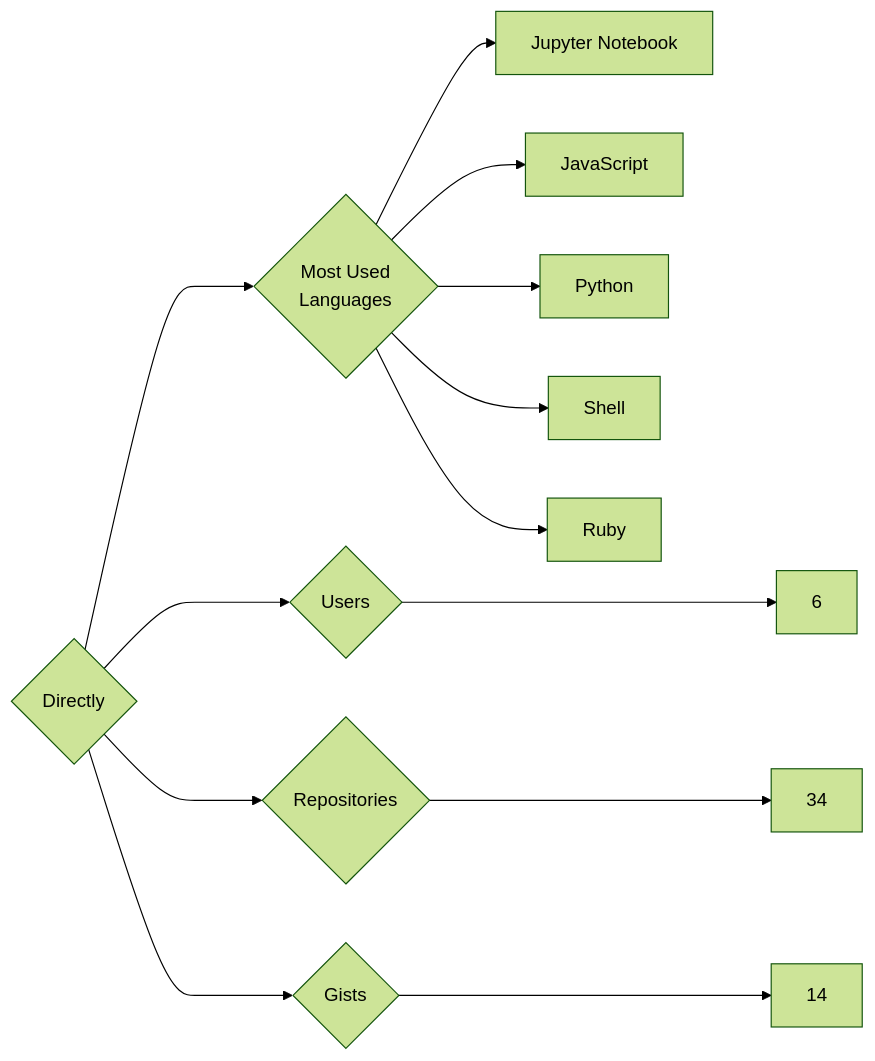
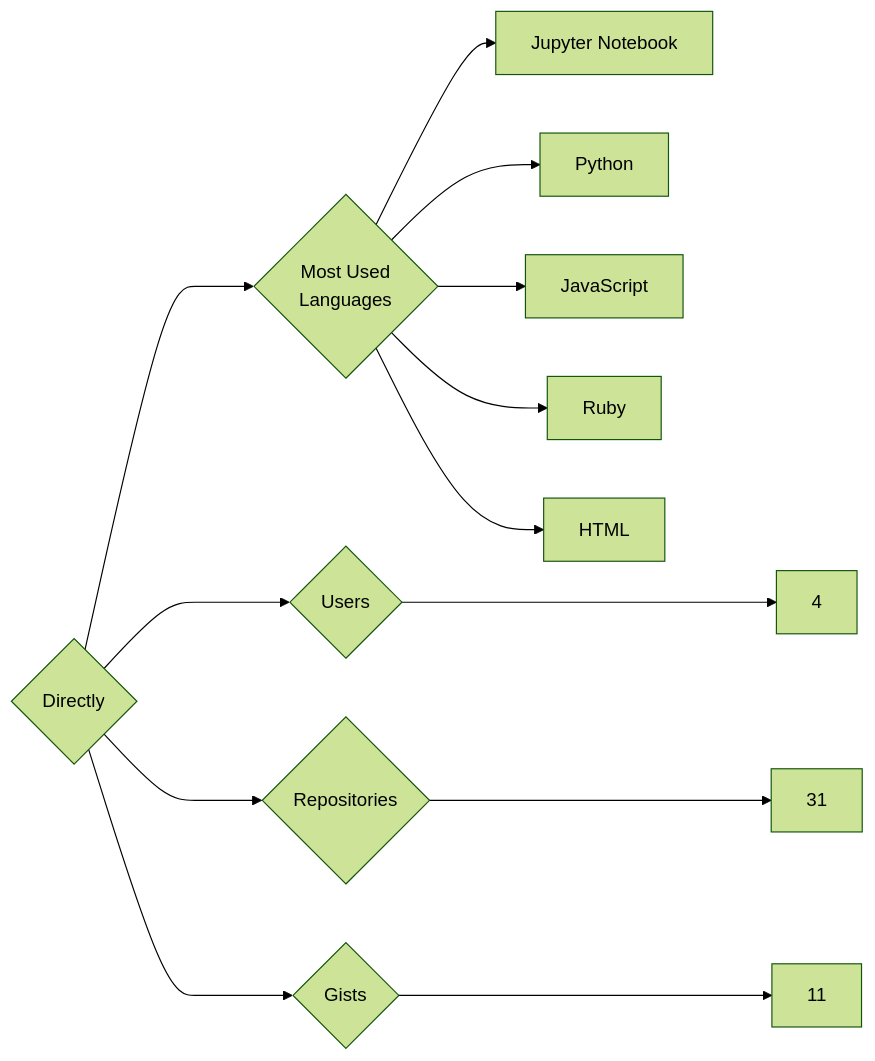
The diagram in targets/Directly/README.md (trickest/insiders), drawn with Mermaid (forest theme) before and after one commit. The commit also changed 934 other files, not shown here.

````diff
--- a/targets/Directly/README.md
+++ b/targets/Directly/README.md
@@ -3,13 +3,13 @@
 ```mermaid
 graph LR
 COMPANY_NAME{Directly}
-COMPANY_NAME ---> U{Users} ---> UN[6]
-COMPANY_NAME ---> R{Repositories} ---> RN[34]
-COMPANY_NAME ---> G{Gists} ---> GN[14]
+COMPANY_NAME ---> U{Users} ---> UN[4]
+COMPANY_NAME ---> R{Repositories} ---> RN[31]
+COMPANY_NAME ---> G{Gists} ---> GN[11]
 COMPANY_NAME ---> ML{Most Used<br>Languages}
 ML --> Jupyter_Notebook[Jupyter Notebook]
+ML --> Python[Python]
 ML --> JavaScript[JavaScript]
-ML --> Python[Python]
-ML --> Shell[Shell]
 ML --> Ruby[Ruby]
+ML --> HTML[HTML]
 ```
````
